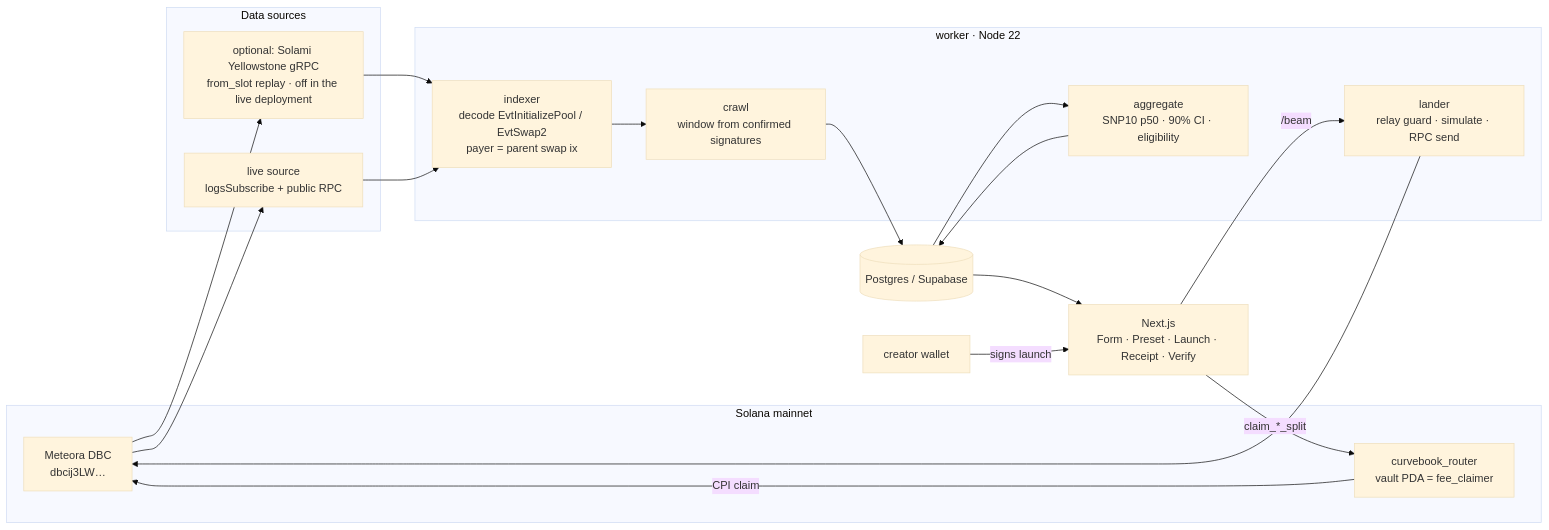
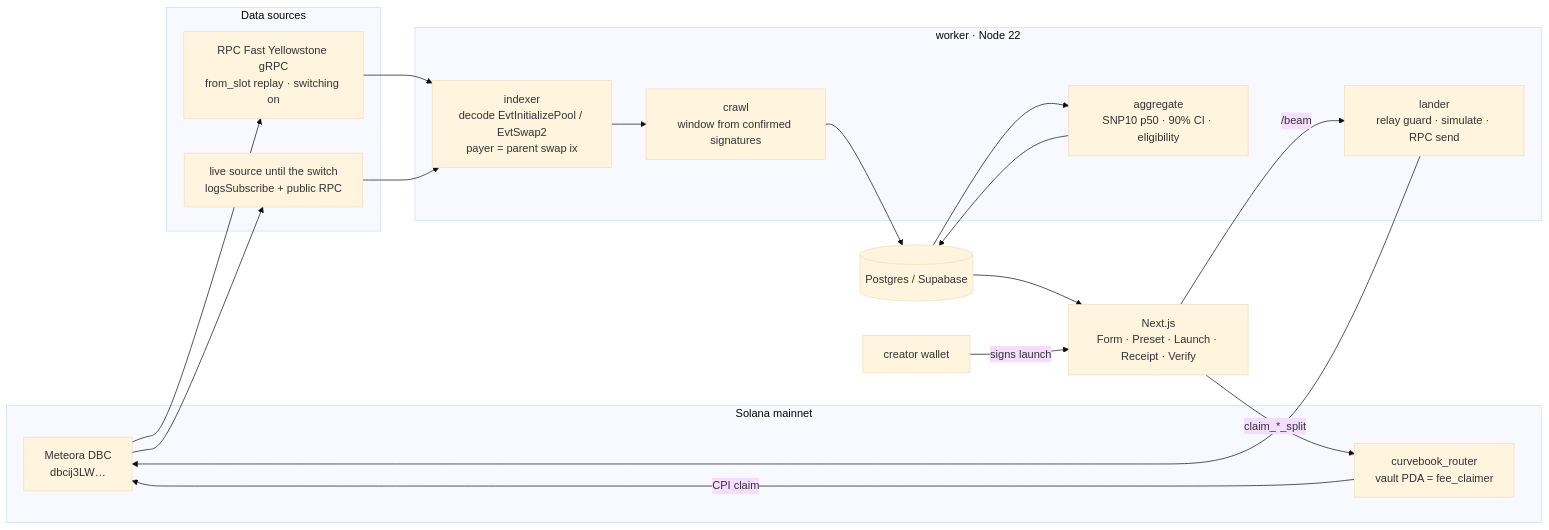
Before and after one commit to edycutjong/curvebook: the diagram in ARCHITECTURE.md, drawn with Mermaid (base theme). The commit also changed other lines of this file and 6 other files, not shown here.

First line of the commit message:
Credit RPC Fast instead of Solami; worker moving to RPC Fast's Hackathon plan

````diff
--- a/ARCHITECTURE.md
+++ b/ARCHITECTURE.md
@@ -5,28 +5,28 @@
 ```mermaid
 flowchart LR
   subgraph chain[Solana mainnet]
     DBC[Meteora DBC\ndbcij3LW…]
     R[curvebook_router\nvault PDA = fee_claimer]
   end
   subgraph src[Data sources]
-    G[optional: Solami Yellowstone gRPC\nfrom_slot replay · off in the live deployment]
-    L[live source\nlogsSubscribe + public RPC]
+    G[RPC Fast Yellowstone gRPC\nfrom_slot replay · switching on]
+    L[live source until the switch\nlogsSubscribe + public RPC]
   end
   subgraph worker[worker · Node 22]
     IX[indexer\ndecode EvtInitializePool / EvtSwap2\npayer = parent swap ix]
     CR[crawl\nwindow from confirmed signatures]
     AG[aggregate\nSNP10 p50 · 90% CI · eligibility]
     LD[lander\nrelay guard · simulate · RPC send]
   end
   DB[(Postgres / Supabase)]
   WEB[Next.js\nForm · Preset · Launch · Receipt · Verify]
   W[creator wallet]
 
   DBC --> G --> IX
   DBC --> L --> IX
   IX --> CR --> DB
   DB --> AG --> DB
   DB --> WEB
   W -- signs launch --> WEB -- /beam --> LD --> DBC
   WEB -- claim_*_split --> R -- CPI claim --> DBC
 ```
````
